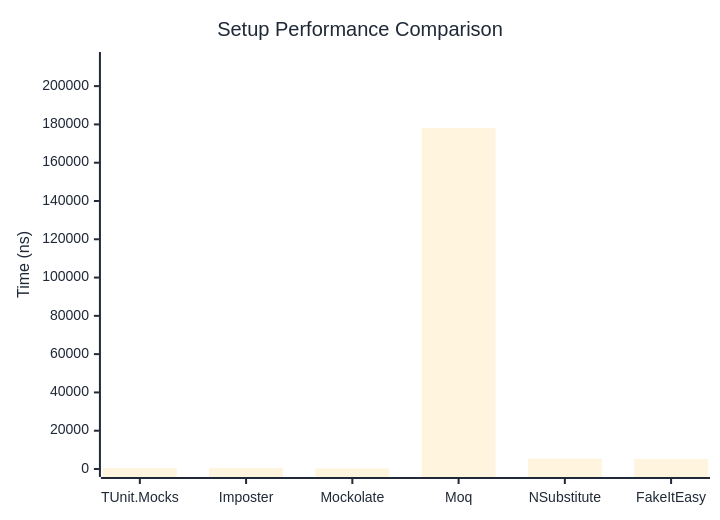
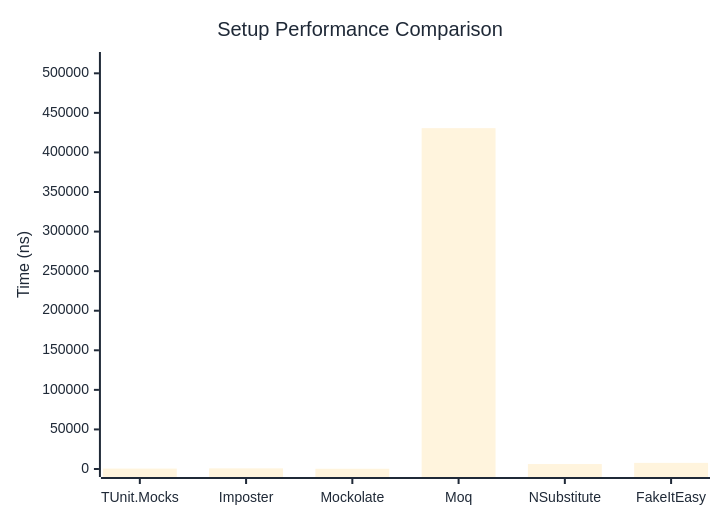
One commit to thomhurst/TUnit changed the first of 2 diagrams in docs/docs/benchmarks/mocks/Setup.md. Above: the diagram before and after it, drawn with Mermaid. The commit also changed other lines of this file and 14 other files, not shown here.

````diff
--- a/docs/docs/benchmarks/mocks/Setup.md
+++ b/docs/docs/benchmarks/mocks/Setup.md
@@ -30,27 +30,27 @@
 ```mermaid
 %%{init: {
   'theme':'base',
   'themeVariables': {
     'primaryColor': '#2563eb',
     'primaryTextColor': '#1f2937',
     'primaryBorderColor': '#1e40af',
     'lineColor': '#6b7280',
     'secondaryColor': '#7c3aed',
     'tertiaryColor': '#dc2626',
     'background': '#ffffff',
     'pie1': '#2563eb',
     'pie2': '#7c3aed',
     'pie3': '#dc2626',
     'pie4': '#f59e0b',
     'pie5': '#10b981',
     'pie6': '#06b6d4',
     'pie7': '#ec4899',
     'pie8': '#6366f1'
   }
 }}%%
 xychart-beta
   title "Setup Performance Comparison"
   x-axis ["TUnit.Mocks", "Imposter", "Mockolate", "Moq", "NSubstitute", "FakeItEasy"]
-  y-axis "Time (ns)" 0 --> 213645
-  bar [498.5, 616.3, 297.3, 178037.1, 5487.3, 5275.9]
+  y-axis "Time (ns)" 0 --> 516821
+  bar [509.9, 815.1, 309.1, 430684, 6253.1, 7739.4]
 ```
````
